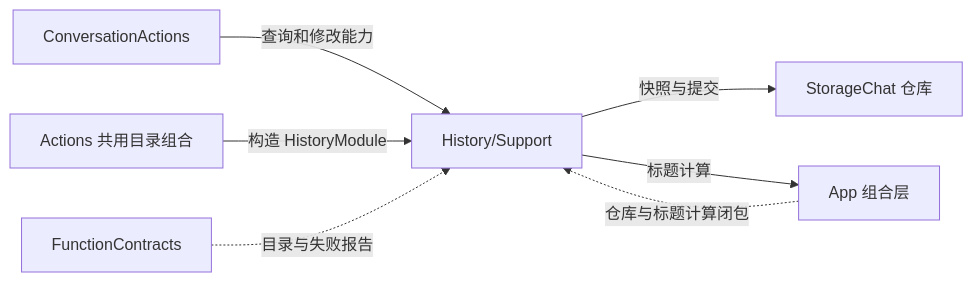
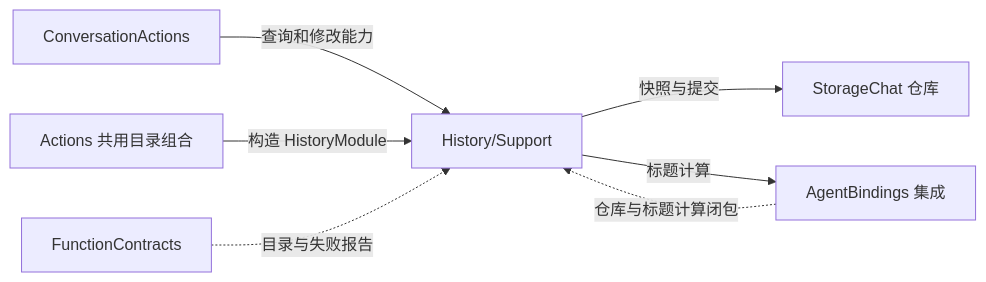
Before and after one commit to devilyouwei/MobileHarness: the first of 2 diagrams in MobileHarness/Actions/History/Support/README.md, drawn with Mermaid. The commit also changed other lines of this file and 254 other files, not shown here.

First line of the commit message:
refactor: isolate app composition and module bindings

````diff
--- a/MobileHarness/Actions/History/Support/README.md
+++ b/MobileHarness/Actions/History/Support/README.md
@@ -9,9 +9,9 @@
 ```mermaid
 flowchart LR
     Entries[ConversationActions] -->|查询和修改能力| S[History/Support]
-    Host[App 组合层] -.->|仓库与标题计算闭包| S
+    Host[AgentBindings 集成] -.->|仓库与标题计算闭包| S
     S -->|快照与提交| Store[StorageChat 仓库]
     S -->|标题计算| Host
     Catalog[Actions 共用目录组合] -->|构造 HistoryModule| S
     Contracts[FunctionContracts] -.->|目录与失败报告| S
 ```
````
